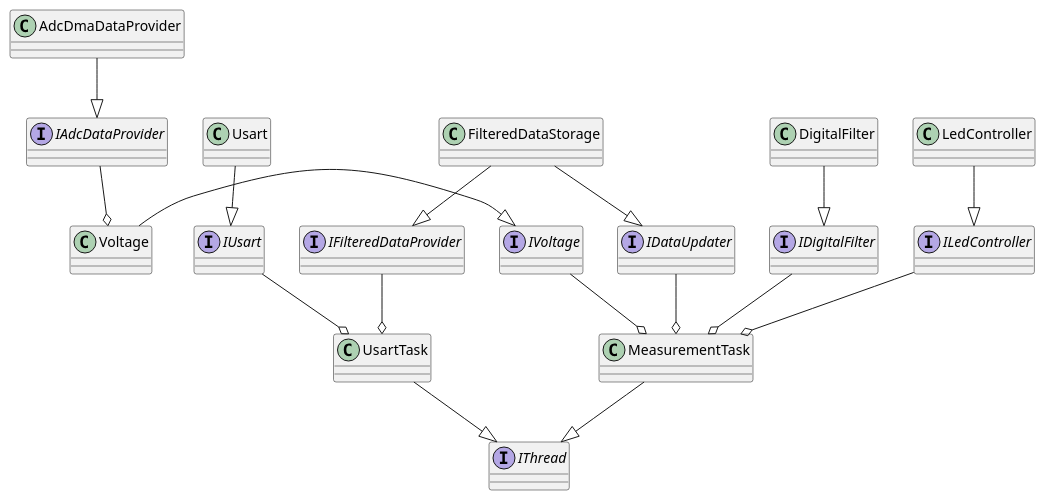
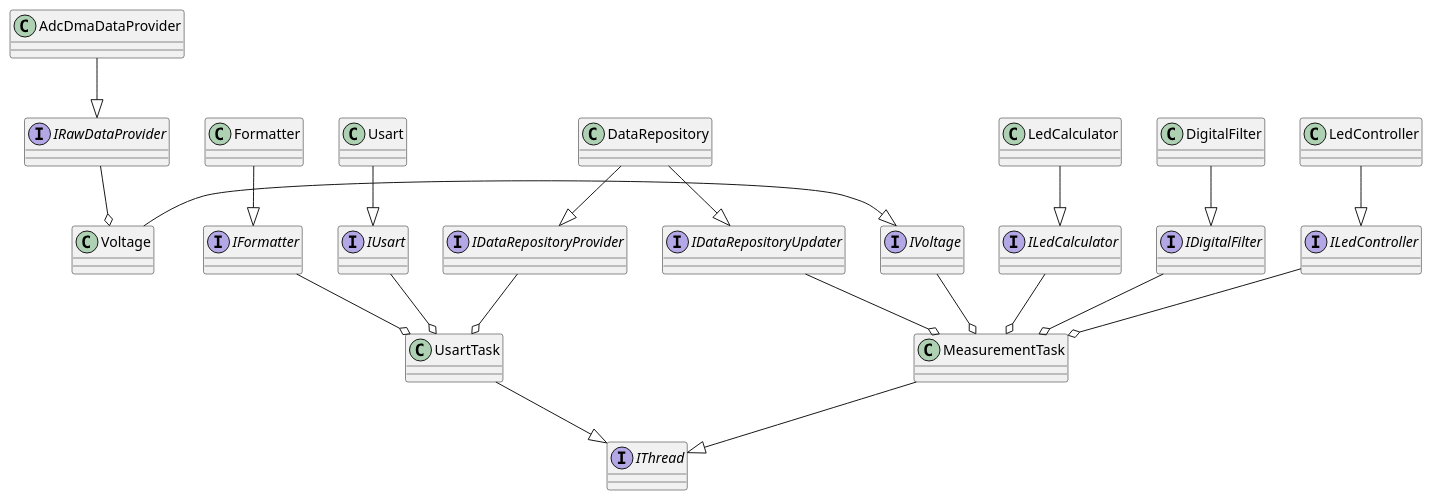
One commit to kenar03/CoursePaper changed the diagram in architecture.adoc. Above: the diagram before and after it, drawn with PlantUML.

Commit message:
final draft

```diff
--- a/architecture.adoc
+++ b/architecture.adoc
@@ -37,7 +37,15 @@
 
 }
 
-interface IAdcDataProvider
+interface ILedCalculator
+{
+}
+
+class LedCalculator
+{
+}
+
+interface IRawDataProvider
 {
 
 }
@@ -67,39 +75,52 @@
 
 }
 
-interface IDataUpdater
+interface IDataRepositoryUpdater
 {
 
 }
 
-interface IFilteredDataProvider
+interface IDataRepositoryProvider
 {
 
 }
 
-class FilteredDataStorage
+class DataRepository
 {
 
 }
 
-AdcDmaDataProvider --|> IAdcDataProvider
-IAdcDataProvider --o Voltage
+interface IFormatter
+{
+}
+
+class Formatter
+{
+}
+
+AdcDmaDataProvider --|> IRawDataProvider
+IRawDataProvider --o Voltage
 Voltage -|> IVoltage
 IVoltage --o MeasurementTask
 
 DigitalFilter --|> IDigitalFilter
 IDigitalFilter --o MeasurementTask
 
+LedCalculator --|> ILedCalculator
+ILedCalculator --o MeasurementTask
 LedController --|> ILedController
 ILedController --o MeasurementTask
 
 Usart --|> IUsart
 IUsart --o UsartTask
-IFilteredDataProvider --o UsartTask
+Formatter --|> IFormatter
+IFormatter --o UsartTask
+IDataRepositoryProvider --o UsartTask
 
-FilteredDataStorage --|> IFilteredDataProvider
-FilteredDataStorage --|> IDataUpdater
-IDataUpdater --o MeasurementTask
+
+DataRepository --|> IDataRepositoryProvider
+DataRepository --|> IDataRepositoryUpdater
+IDataRepositoryUpdater --o MeasurementTask
 
 MeasurementTask --|> IThread
 UsartTask --|> IThread
```
